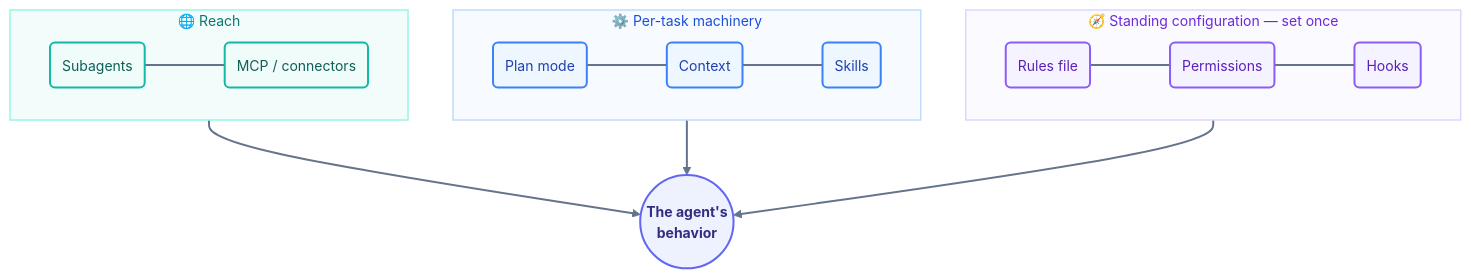
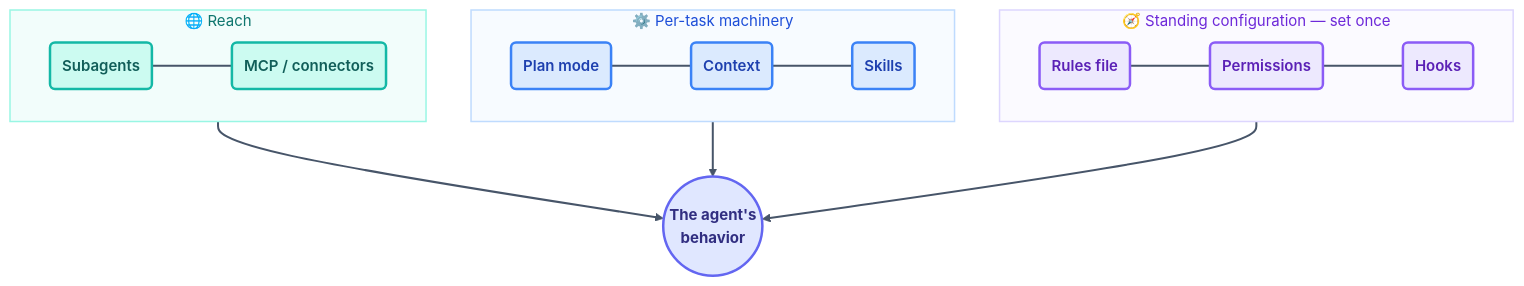
The diagram in docs/01-prerequisites/agentic-coding-primer.md (ayeshakhalid192007-dev/LoopEngineering-CrashCourse), drawn with Mermaid before and after one commit. The commit also changed 66 other files, not shown here.

First line of the commit message:
docs(diagrams): visibly bolder pass — deeper fills, heavier strokes, semibold labels

````diff
--- a/docs/01-prerequisites/agentic-coding-primer.md
+++ b/docs/01-prerequisites/agentic-coding-primer.md
@@ -28,27 +28,27 @@
 ```mermaid
-%%{init: {'theme':'base','themeVariables':{'fontFamily':'ui-sans-serif, system-ui, sans-serif','fontSize':'14px','lineColor':'#64748b','edgeLabelBackground':'#f8fafc'},'flowchart':{'curve':'basis','nodeSpacing':45,'rankSpacing':55,'padding':12}}}%%
+%%{init: {'theme':'base','themeVariables':{'fontFamily':'ui-sans-serif, system-ui, sans-serif','fontSize':'15px','lineColor':'#475569','edgeLabelBackground':'#f8fafc'},'flowchart':{'curve':'basis','nodeSpacing':45,'rankSpacing':55,'padding':12}}}%%
 flowchart TD
     subgraph STAND ["🧭  Standing configuration — set once"]
       direction LR
       R("Rules file"):::cfg --- P("Permissions"):::cfg --- H("Hooks"):::cfg
     end
     subgraph TASK ["⚙️  Per-task machinery"]
       direction LR
       PM("Plan mode"):::task --- C("Context"):::task --- S("Skills"):::task
     end
     subgraph REACH ["🌐  Reach"]
       direction LR
       SA("Subagents"):::reach --- M("MCP / connectors"):::reach
     end
     R --> A(("<b>The agent's<br/>behavior</b>")):::agent
     PM --> A
     SA --> A
-    linkStyle default stroke:#64748b,stroke-width:2px;
-    classDef cfg fill:#f5f3ff,stroke:#8b5cf6,stroke-width:2px,color:#5b21b6;
-    classDef task fill:#eef6ff,stroke:#3b82f6,stroke-width:2px,color:#1e40af;
-    classDef reach fill:#effcf9,stroke:#14b8a6,stroke-width:2px,color:#115e59;
-    classDef agent fill:#eef2ff,stroke:#6366f1,stroke-width:2px,color:#312e81;
+    linkStyle default stroke:#475569,stroke-width:2px;
+    classDef cfg fill:#ede9fe,stroke:#8b5cf6,stroke-width:2.5px,color:#5b21b6,font-weight:600;
+    classDef task fill:#dbeafe,stroke:#3b82f6,stroke-width:2.5px,color:#1e40af,font-weight:600;
+    classDef reach fill:#ccfbf1,stroke:#14b8a6,stroke-width:2.5px,color:#115e59,font-weight:600;
+    classDef agent fill:#e0e7ff,stroke:#6366f1,stroke-width:2.5px,color:#312e81,font-weight:600;
     style STAND fill:#fbfaff,stroke:#ddd6fe,stroke-width:1.5px,color:#6d28d9;
     style TASK fill:#f7fbff,stroke:#bfdbfe,stroke-width:1.5px,color:#1d4ed8;
     style REACH fill:#f2fdfb,stroke:#99f6e4,stroke-width:1.5px,color:#0f766e;
 ```
````
